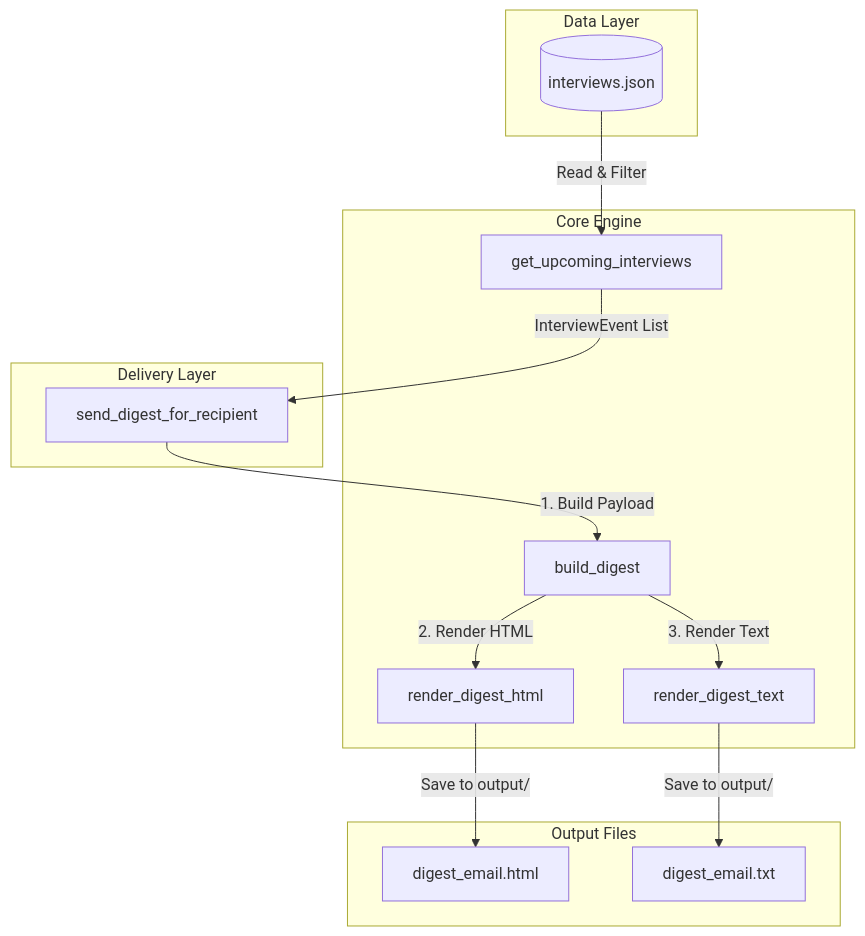
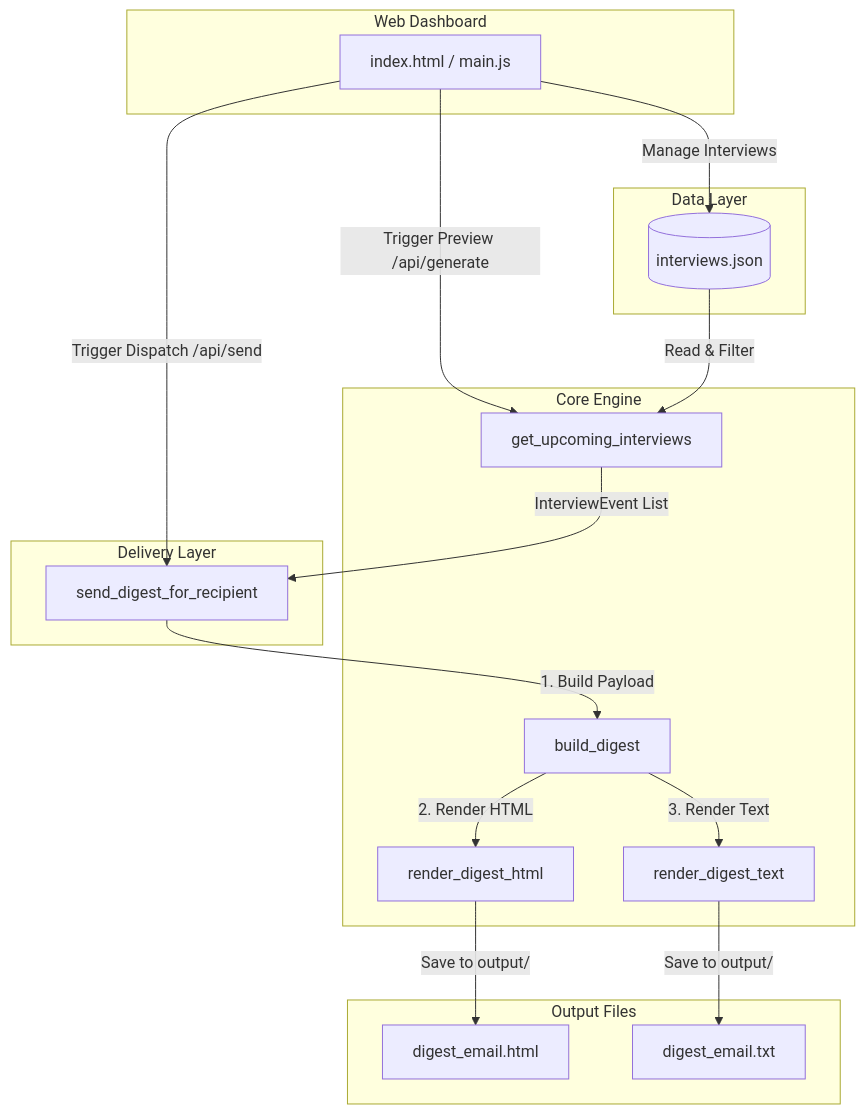
Before and after one commit to dhanish0711/Digest-Notifications: the diagram in README.md, drawn with Mermaid.

Commit message:
Docs: add Web Dashboard to architecture flowchart in README.md

````diff
--- a/README.md
+++ b/README.md
@@ -33,30 +33,38 @@
 ```mermaid
 flowchart TD
     subgraph Data_Layer [Data Layer]
         A[(interviews.json)]
+    end
+
+    subgraph Web_Dashboard [Web Dashboard]
+        UI[index.html / main.js]
     end
 
     subgraph Core_Engine [Core Engine]
         B[get_upcoming_interviews]
         C[build_digest]
         D[render_digest_html]
         E[render_digest_text]
     end
 
     subgraph Output_Layer [Output Files]
         F[digest_email.html]
         G[digest_email.txt]
     end
 
     subgraph Delivery_Layer [Delivery Layer]
         H[send_digest_for_recipient]
     end
 
+    UI -->|Manage Interviews| A
+    UI -->|Trigger Preview /api/generate| B
+    UI -->|Trigger Dispatch /api/send| H
+
     A -->|Read & Filter| B
     B -->|InterviewEvent List| H
     H -->|1. Build Payload| C
     C -->|2. Render HTML| D
     C -->|3. Render Text| E
     D -->|Save to output/| F
     E -->|Save to output/| G
 ```
````
